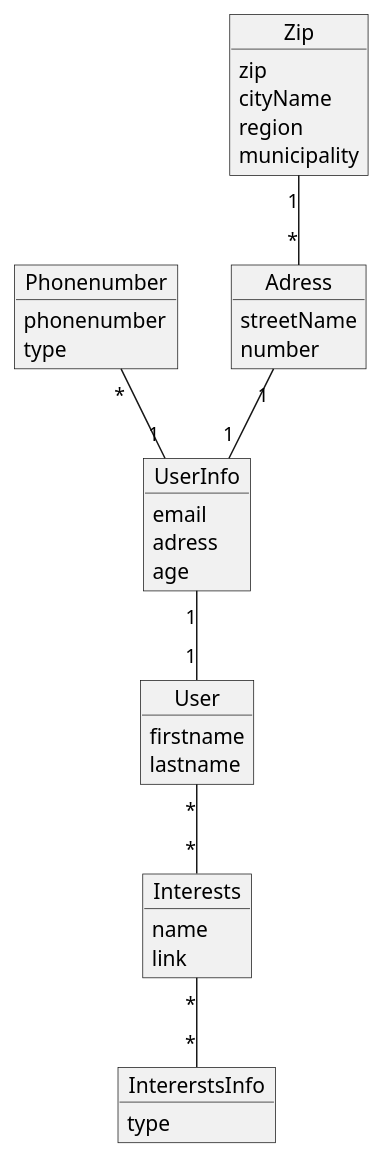
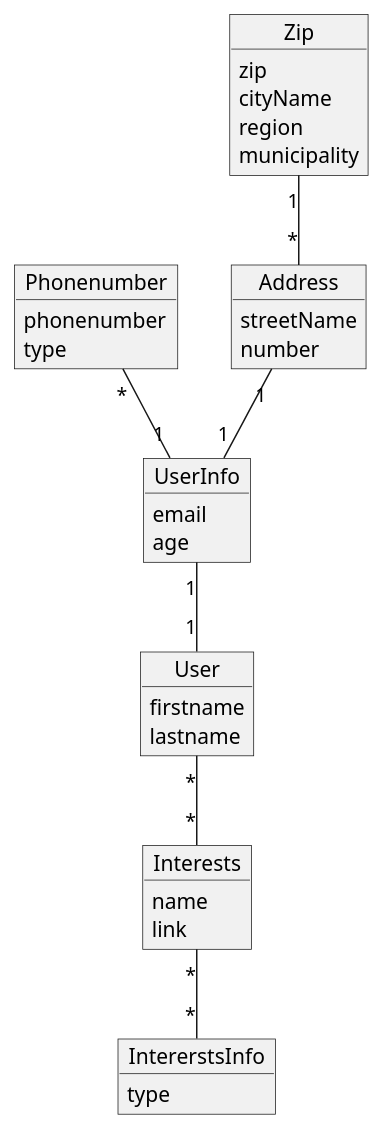
One commit to DanyLoyal/Main changed the diagram in src/main/documentation/DomainModel.puml. Above: the diagram before and after it, drawn with PlantUML. The commit also changed 12 other files, not shown here.

```diff
--- a/src/main/documentation/DomainModel.puml
+++ b/src/main/documentation/DomainModel.puml
@@ -1,41 +1,40 @@
 @startuml
 
 object User{
 firstname
 lastname
 }
 object Interests{
 name
 link
 }
 object IntererstsInfo{
 type
 }
 object UserInfo{
 email
-adress
 age
 }
 object Phonenumber{
 phonenumber
 type
 }
 object Zip{
 zip
 cityName
 region
 municipality
 }
-object Adress{
+object Address{
 streetName
 number
 }
 
-Zip "1" -- "*" Adress
-Adress "1" -- "1" UserInfo
+Zip "1" -- "*" Address
+Address "1" -- "1" UserInfo
 Phonenumber "*" -- "1" UserInfo
 UserInfo "1" -- "1" User
 User "*" --  "*" Interests
 Interests "*"-- "*" IntererstsInfo
 
 @enduml
```
